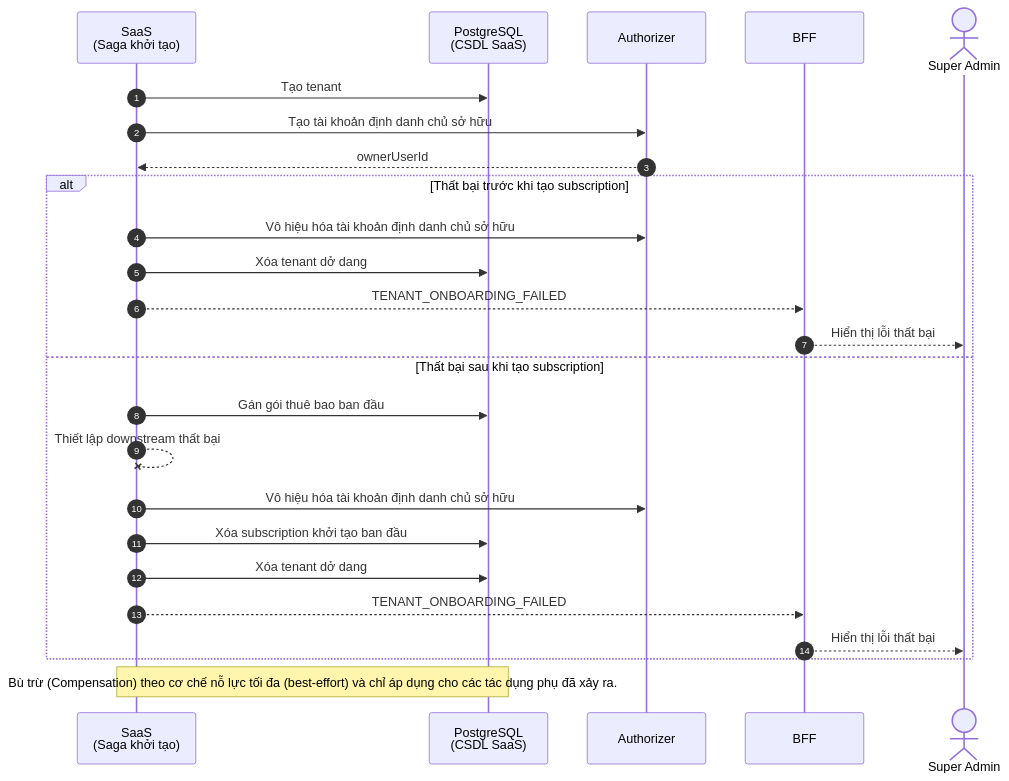
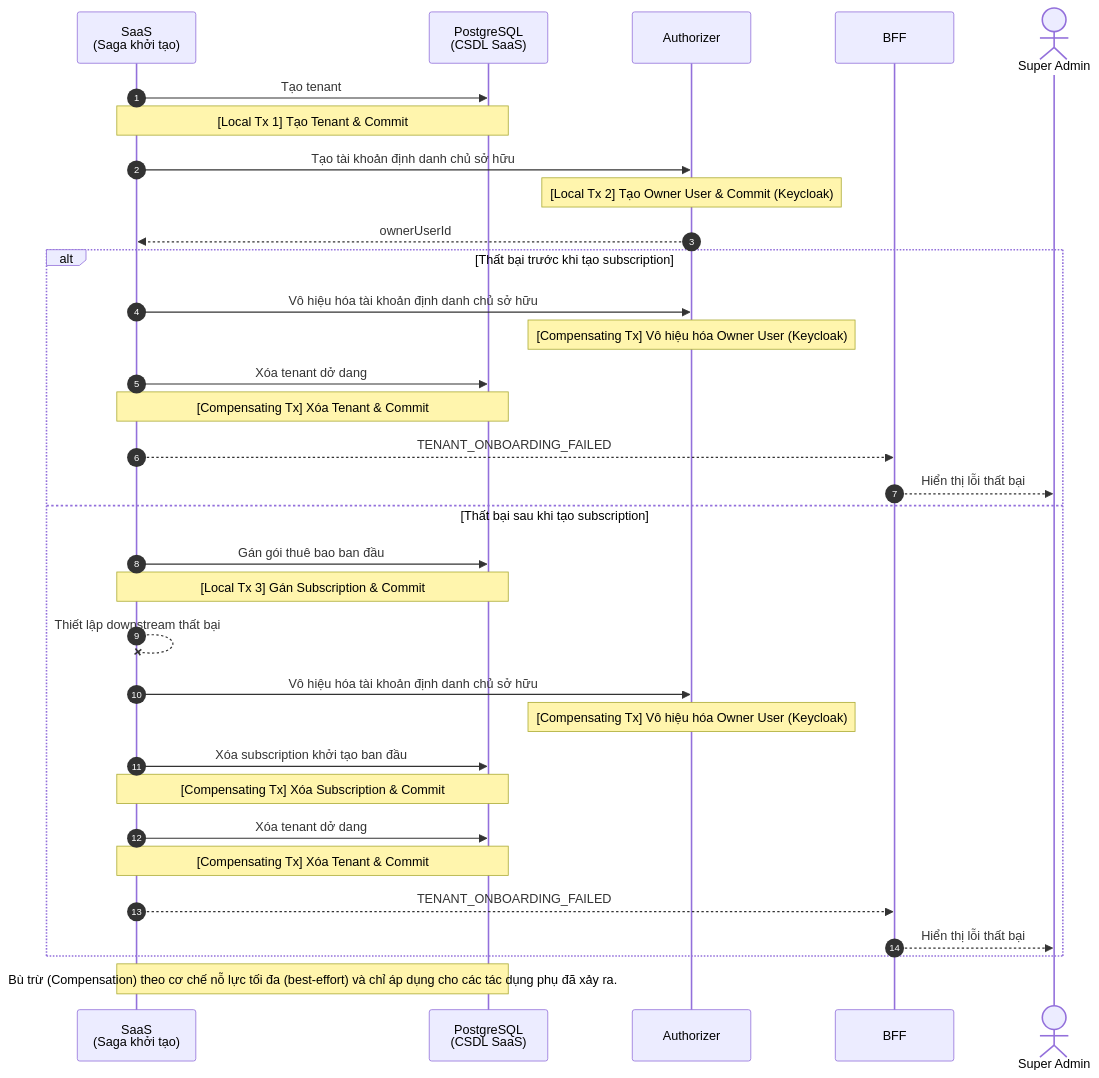
The diagram in docs/graduation-thesis-resources/thesis-report/assets/diagrams/chapter5-saas-onboarding-compensation.mmd (quan-vo-dinh/saas-pos-microservices-qrtable), drawn with Mermaid before and after one commit. The commit also changed 62 other files, not shown here.

```diff
--- a/docs/graduation-thesis-resources/thesis-report/assets/diagrams/chapter5-saas-onboarding-compensation.mmd
+++ b/docs/graduation-thesis-resources/thesis-report/assets/diagrams/chapter5-saas-onboarding-compensation.mmd
@@ -1,28 +1,36 @@
 sequenceDiagram
   autonumber
   participant SaaS as SaaS<br/>(Saga khởi tạo)
   participant SDB as PostgreSQL<br/>(CSDL SaaS)
   participant Authz as Authorizer
   participant BFF as BFF
   actor Admin as Super Admin
 
   SaaS->>SDB: Tạo tenant
+  Note over SaaS,SDB: [Local Tx 1] Tạo Tenant & Commit
   SaaS->>Authz: Tạo tài khoản định danh chủ sở hữu
+  Note over Authz: [Local Tx 2] Tạo Owner User & Commit (Keycloak)
   Authz-->>SaaS: ownerUserId
 
   alt Thất bại trước khi tạo subscription
     SaaS->>Authz: Vô hiệu hóa tài khoản định danh chủ sở hữu
+    Note over Authz: [Compensating Tx] Vô hiệu hóa Owner User (Keycloak)
     SaaS->>SDB: Xóa tenant dở dang
+    Note over SaaS,SDB: [Compensating Tx] Xóa Tenant & Commit
     SaaS-->>BFF: TENANT_ONBOARDING_FAILED
     BFF-->>Admin: Hiển thị lỗi thất bại
   else Thất bại sau khi tạo subscription
     SaaS->>SDB: Gán gói thuê bao ban đầu
+    Note over SaaS,SDB: [Local Tx 3] Gán Subscription & Commit
     SaaS--xSaaS: Thiết lập downstream thất bại
     SaaS->>Authz: Vô hiệu hóa tài khoản định danh chủ sở hữu
+    Note over Authz: [Compensating Tx] Vô hiệu hóa Owner User (Keycloak)
     SaaS->>SDB: Xóa subscription khởi tạo ban đầu
+    Note over SaaS,SDB: [Compensating Tx] Xóa Subscription & Commit
     SaaS->>SDB: Xóa tenant dở dang
+    Note over SaaS,SDB: [Compensating Tx] Xóa Tenant & Commit
     SaaS-->>BFF: TENANT_ONBOARDING_FAILED
     BFF-->>Admin: Hiển thị lỗi thất bại
   end
 
   Note over SaaS,SDB: Bù trừ (Compensation) theo cơ chế nỗ lực tối đa (best-effort) và chỉ áp dụng cho các tác dụng phụ đã xảy ra.
```
